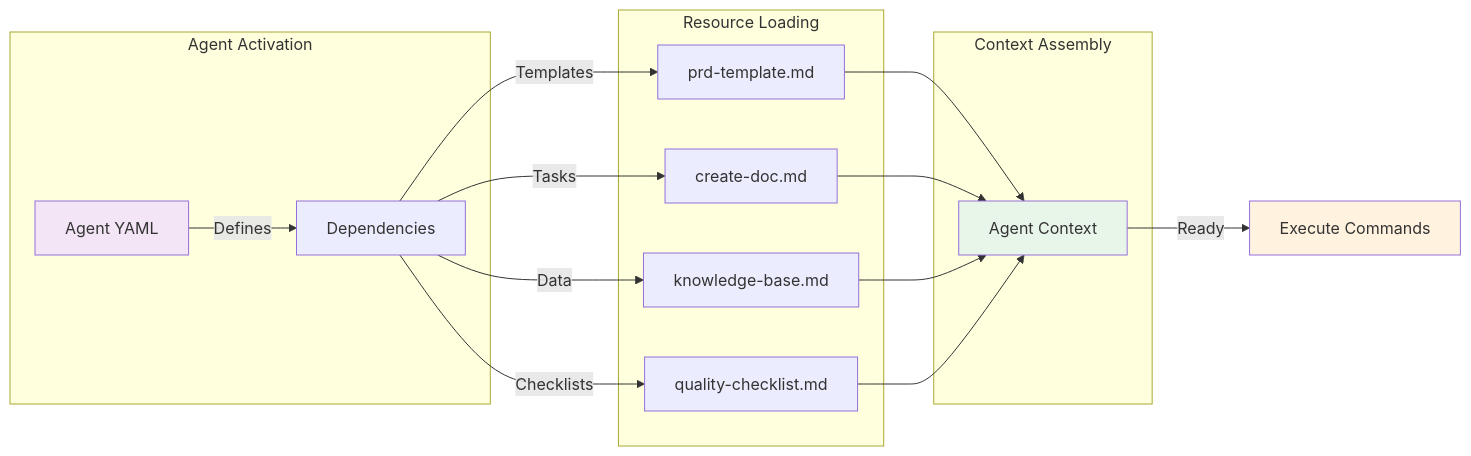
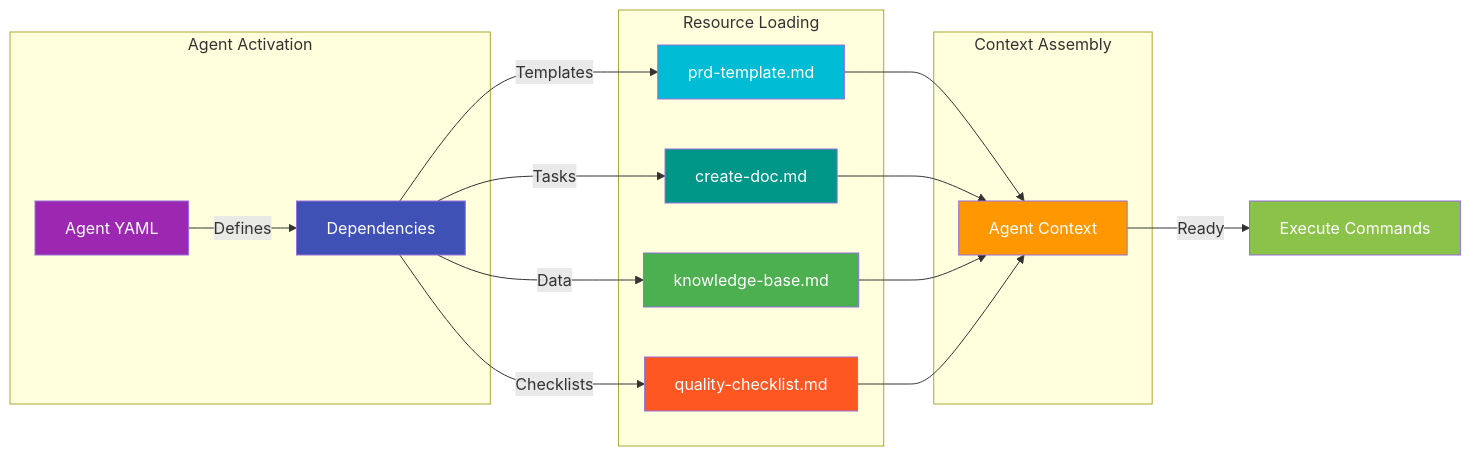
One commit to jakreymyers/agentic-engineer changed the second of 2 diagrams in README.md. Above: the diagram before and after it, drawn with Mermaid. The commit also changed other lines of this file, not shown here.

````diff
--- a/README.md
+++ b/README.md
@@ -515,26 +589,31 @@
 ```mermaid
 graph LR
     subgraph "Agent Activation"
         AG[Agent YAML] -->|Defines| DEP[Dependencies]
     end
 
     subgraph "Resource Loading"
         DEP -->|Templates| T1[prd-template.md]
         DEP -->|Tasks| T2[create-doc.md]
         DEP -->|Data| D1[knowledge-base.md]
         DEP -->|Checklists| C1[quality-checklist.md]
     end
 
     subgraph "Context Assembly"
         T1 --> CTX[Agent Context]
         T2 --> CTX
         D1 --> CTX
         C1 --> CTX
     end
 
     CTX -->|Ready| EX[Execute Commands]
 
-    style AG fill:#f3e5f5
-    style CTX fill:#e8f5e9
-    style EX fill:#fff3e0
+    style AG fill:#9C27B0,color:#fff
+    style DEP fill:#3F51B5,color:#fff
+    style T1 fill:#00BCD4,color:#fff
+    style T2 fill:#009688,color:#fff
+    style D1 fill:#4CAF50,color:#fff
+    style C1 fill:#FF5722,color:#fff
+    style CTX fill:#FF9800,color:#fff
+    style EX fill:#8BC34A,color:#fff
 ```
````
